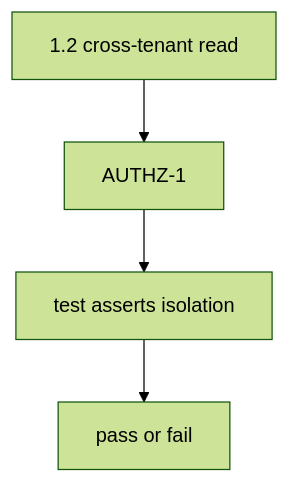
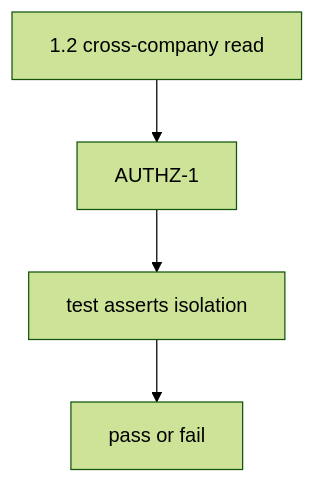
One commit to ishitvagoel/LearnSecurity changed the first of 2 diagrams in content/modules/9/9.1/lessons/02-model.md. Above: the diagram before and after it, drawn with Mermaid (forest theme). The commit also changed other lines of this file and 39 other files, not shown here.

````diff
--- a/content/modules/9/9.1/lessons/02-model.md
+++ b/content/modules/9/9.1/lessons/02-model.md
@@ -15,6 +18,6 @@
 ```mermaid
 flowchart TD
-  Threat["1.2 cross-tenant read"] --> Req[AUTHZ-1]
+  Threat["1.2 cross-company read"] --> Req[AUTHZ-1]
   Req --> Test["test asserts isolation"]
   Test --> Result[pass or fail]
 ```
````
